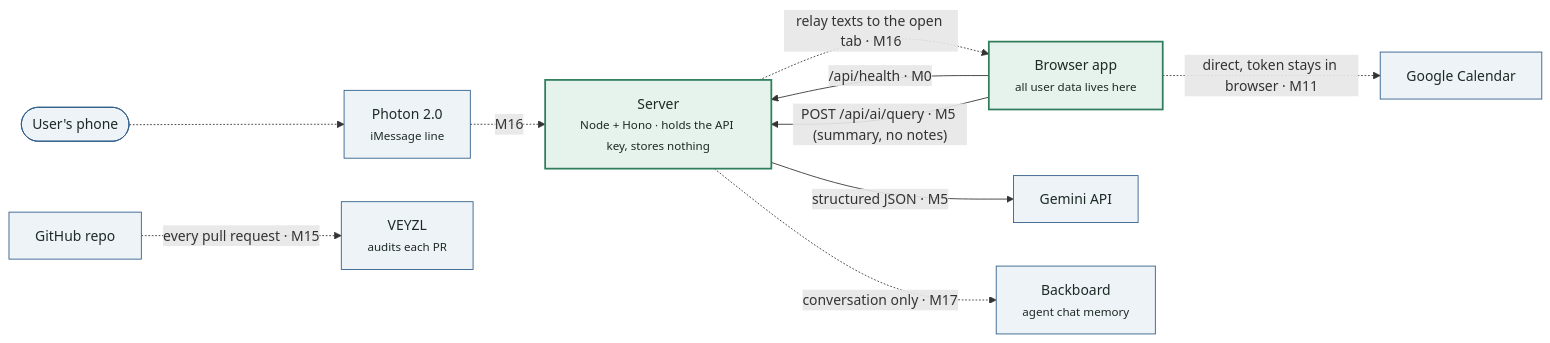
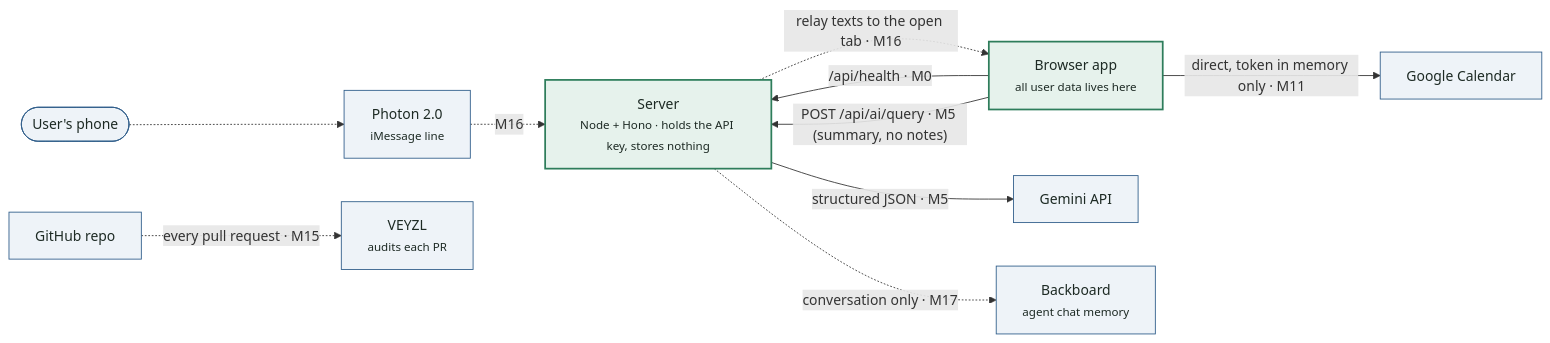
The first of 3 diagrams in docs/ARCHITECTURE.md (trafwel/ConnectWork), drawn with Mermaid before and after one commit. The commit also changed other lines of this file and 18 other files, not shown here.

First line of the commit message:
M11: Google Calendar (browser only), meeting strip and prep card

````diff
--- a/docs/ARCHITECTURE.md
+++ b/docs/ARCHITECTURE.md
@@ -9,25 +9,25 @@
 ```mermaid
 flowchart LR
   Phone(["User's phone"]):::external
   Browser["Browser app<br/><small>all user data lives here</small>"]:::built
   Server["Server<br/><small>Node + Hono · holds the API key, stores nothing</small>"]:::built
   Gemini["Gemini API"]:::external
   GCal["Google Calendar"]:::external
   Photon["Photon 2.0<br/><small>iMessage line</small>"]:::external
   Backboard["Backboard<br/><small>agent chat memory</small>"]:::external
   GitHub["GitHub repo"]:::external
   VEYZL["VEYZL<br/><small>audits each PR</small>"]:::external
 
   Browser -->|"/api/health · M0"| Server
   Browser -->|"POST /api/ai/query · M5 (summary, no notes)"| Server
   Server -->|"structured JSON · M5"| Gemini
-  Browser -.->|"direct, token stays in browser · M11"| GCal
+  Browser -->|"direct, token in memory only · M11"| GCal
   Phone -.-> Photon -.->|"M16"| Server
   Server -.->|"relay texts to the open tab · M16"| Browser
   Server -.->|"conversation only · M17"| Backboard
   GitHub -.->|"every pull request · M15"| VEYZL
 
   classDef built fill:#e6f2ec,stroke:#2e7d5b,stroke-width:2px,color:#1d2a24;
   classDef planned fill:#f6f7f6,stroke:#9aa39c,stroke-dasharray:5 4,color:#56635b;
   classDef external fill:#eef3f8,stroke:#2f5d8a,color:#1d2a24;
 ```
````
